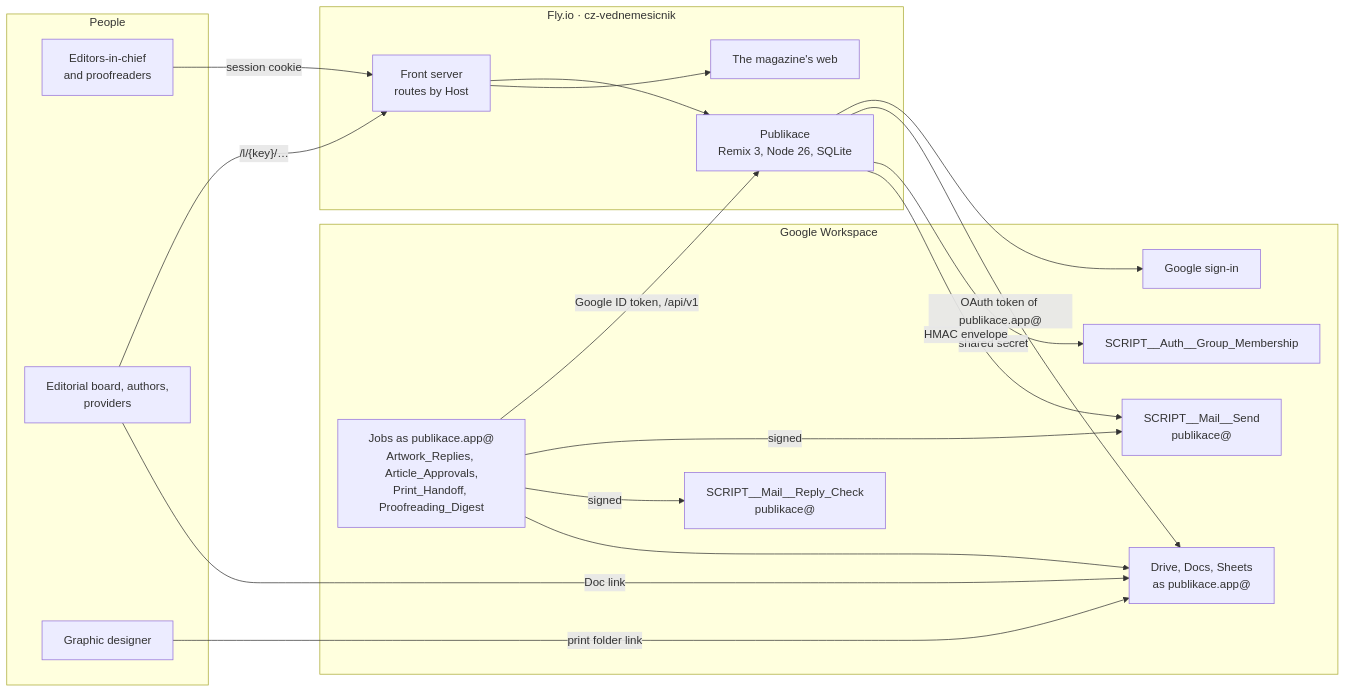
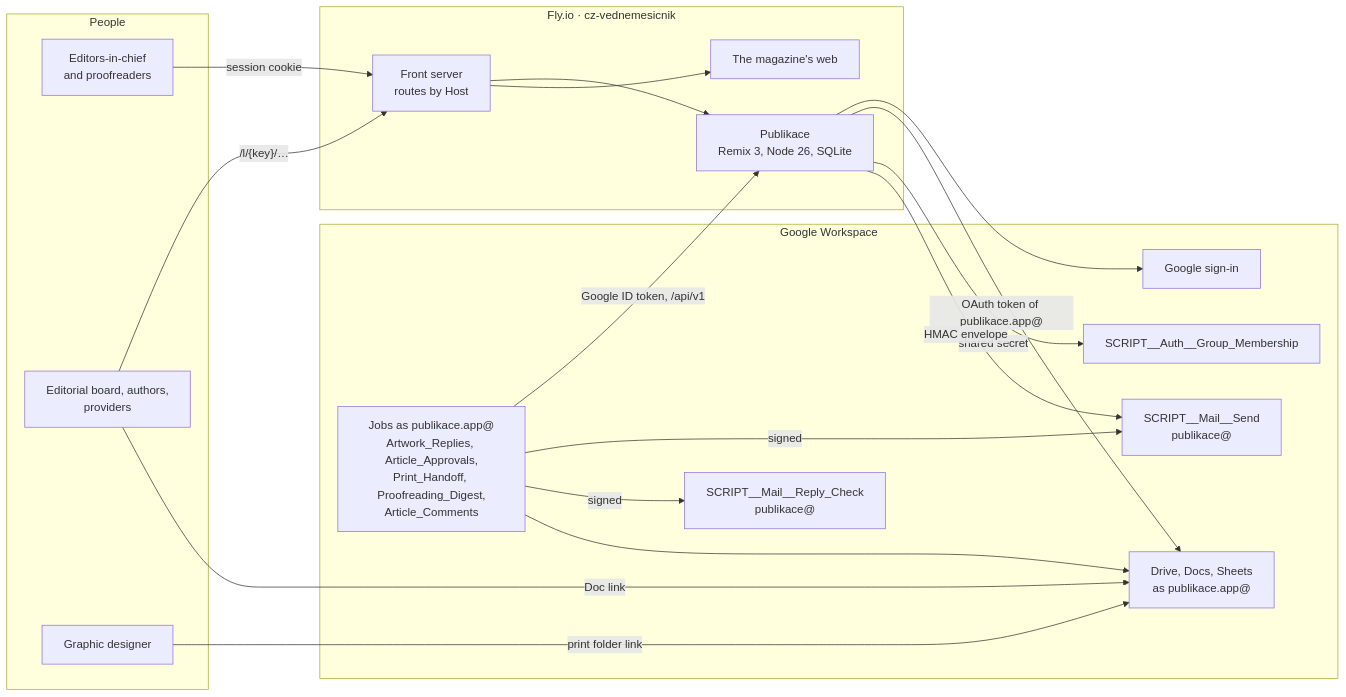
Before and after one commit to vednemesicnik/cz.vednemesicnik.publikace: the first of 6 diagrams in docs/architecture.md, drawn with Mermaid. The commit also changed other lines of this file and 20 other files, not shown here.

First line of the commit message:
feat(jobs): hand the comment digest of app issues its articles through the API (#170) (#185)

````diff
--- a/docs/architecture.md
+++ b/docs/architecture.md
@@ -9,35 +9,35 @@
 ```mermaid
 flowchart LR
   subgraph People
     ED["Editors-in-chief<br/>and proofreaders"]
     LK["Editorial board, authors,<br/>providers"]
     GD["Graphic designer"]
   end
   subgraph Fly["Fly.io · cz-vednemesicnik"]
     HOST["Front server<br/>routes by Host"]
     APP["Publikace<br/>Remix 3, Node 26, SQLite"]
     WEB["The magazine's web"]
   end
   subgraph Google["Google Workspace"]
     OAUTH["Google sign-in"]
     DRV["Drive, Docs, Sheets<br/>as publikace.app@"]
     GM["SCRIPT__Auth__Group_Membership"]
     MS["SCRIPT__Mail__Send<br/>publikace@"]
     RC["SCRIPT__Mail__Reply_Check<br/>publikace@"]
-    JOBS["Jobs as publikace.app@<br/>Artwork_Replies, Article_Approvals,<br/>Print_Handoff, Proofreading_Digest"]
+    JOBS["Jobs as publikace.app@<br/>Artwork_Replies, Article_Approvals,<br/>Print_Handoff, Proofreading_Digest,<br/>Article_Comments"]
   end
   ED -- "session cookie" --> HOST
   LK -- "/l/{key}/…" --> HOST
   HOST --> APP
   HOST --> WEB
   APP --> OAUTH
   APP -- "OAuth token of publikace.app@" --> DRV
   APP -- "shared secret" --> GM
   APP -- "HMAC envelope" --> MS
   JOBS -- "Google ID token, /api/v1" --> APP
   JOBS -- "signed" --> MS
   JOBS -- "signed" --> RC
   JOBS --> DRV
   LK -- "Doc link" --> DRV
   GD -- "print folder link" --> DRV
 ```
````
